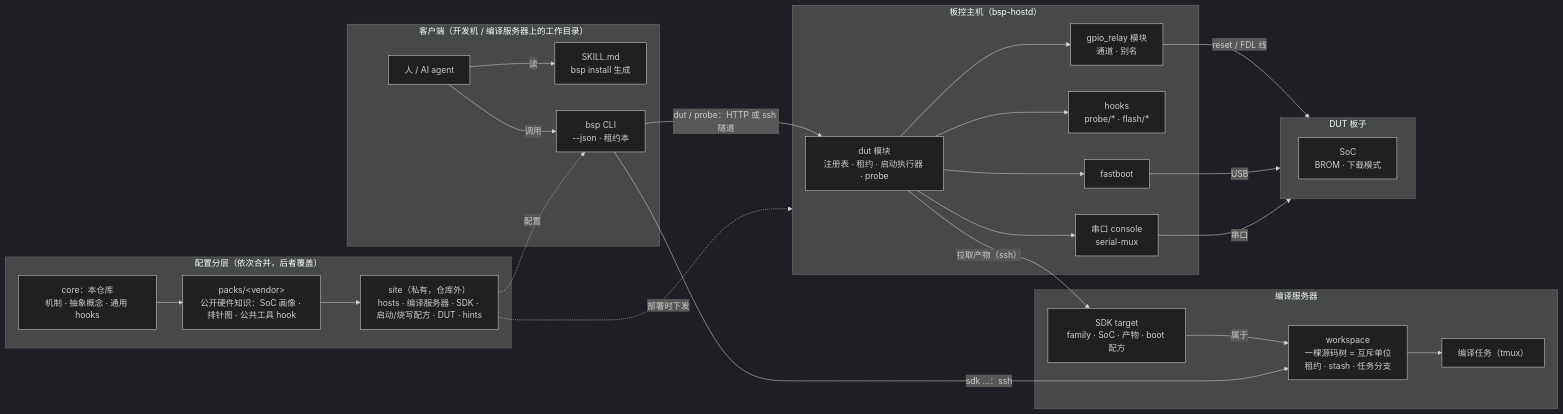
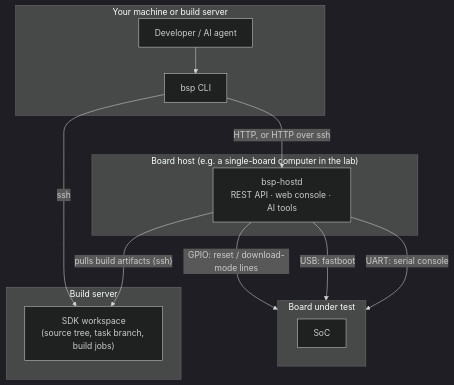
One commit to rzbdz/remote-embedded-ai-workflow changed the diagram in README.md. Above: the diagram before and after it, drawn with Mermaid (dark theme). The commit also changed other lines of this file and 39 other files, not shown here.

````diff
--- a/README.md
+++ b/README.md
@@ -16,47 +105,21 @@
 ```mermaid
-flowchart LR
-  subgraph client["客户端（开发机 / 编译服务器上的工作目录）"]
-    agent["人 / AI agent"]
-    skill["SKILL.md<br/>bsp install 生成"]
-    cli["bsp CLI<br/>--json · 租约本"]
-    agent -- 读 --> skill
-    agent -- 调用 --> cli
+flowchart TB
+  subgraph you["Your machine or build server"]
+    user["Developer / AI agent"] --> cli["bsp CLI"]
   end
-
-  subgraph cfg["配置分层（依次合并，后者覆盖）"]
-    core["core：本仓库<br/>机制 · 抽象概念 · 通用 hooks"]
-    packs["packs/&lt;vendor&gt;<br/>公开硬件知识：SoC 画像 · 排针图 · 公共工具 hook"]
-    site["site（私有，仓库外）<br/>hosts · 编译服务器 · SDK · 启动/烧写配方 · DUT · hints"]
-    core --> packs --> site
+  subgraph build["Build server"]
+    tree["SDK workspace<br/>(source tree, task branch, build jobs)"]
   end
-
-  subgraph bs["编译服务器"]
-    ws["workspace<br/>一棵源码树 = 互斥单位<br/>租约 · stash · 任务分支"]
-    tgt["SDK target<br/>family · SoC · 产物 · boot 配方"]
-    job["编译任务（tmux）"]
-    tgt -- 属于 --> ws
-    ws --> job
+  subgraph lab["Board host (e.g. a single-board computer in the lab)"]
+    hostd["bsp-hostd<br/>REST API · web console · AI tools"]
   end
-
-  subgraph host["板控主机（bsp-hostd）"]
-    dutm["dut 模块<br/>注册表 · 租约 · 启动执行器 · probe"]
-    gpio["gpio_relay 模块<br/>通道 · 别名"]
-    hooks["hooks<br/>probe/* · flash/*"]
-    con["串口 console<br/>serial-mux"]
-    fb["fastboot"]
-    dutm --> gpio & hooks & con & fb
+  subgraph dut["Board under test"]
+    soc["SoC"]
   end
-
-  subgraph board["DUT 板子"]
-    soc["SoC<br/>BROM · 下载模式"]
-  end
-
-  cli -- "sdk …：ssh" --> ws
-  cli -- "dut / probe：HTTP 或 ssh 隧道" --> dutm
-  dutm -- "拉取产物（ssh）" --> tgt
-  gpio -- "reset / FDL 线" --> board
-  fb -- USB --> board
-  con -- 串口 --> board
-  site -. 配置 .-> cli
-  site -. 部署时下发 .-> host
+  cli -- "ssh" --> tree
+  cli -- "HTTP, or HTTP over ssh" --> hostd
+  hostd -- "pulls build artifacts (ssh)" --> tree
+  hostd -- "GPIO: reset / download-mode lines" --> dut
+  hostd -- "USB: fastboot" --> dut
+  hostd -- "UART: serial console" --> dut
 ```
````
